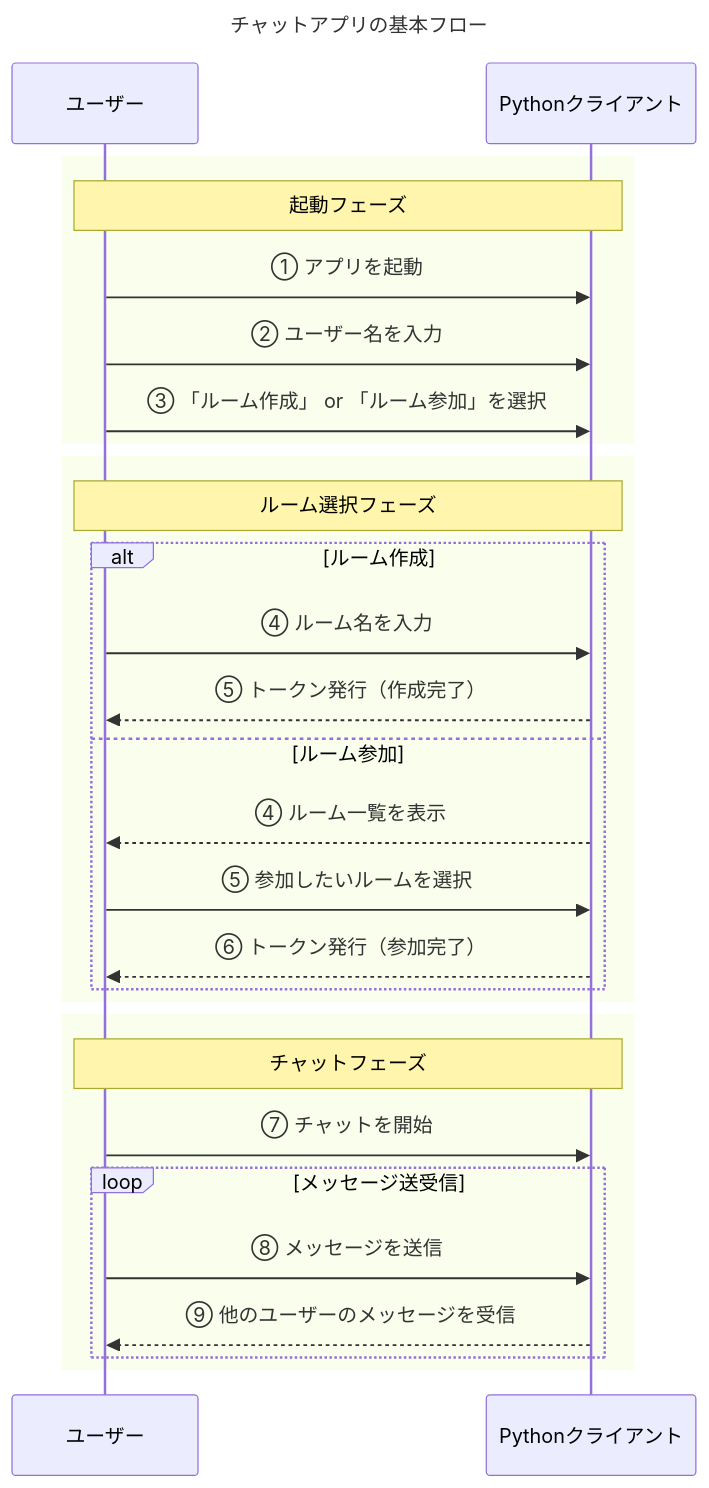
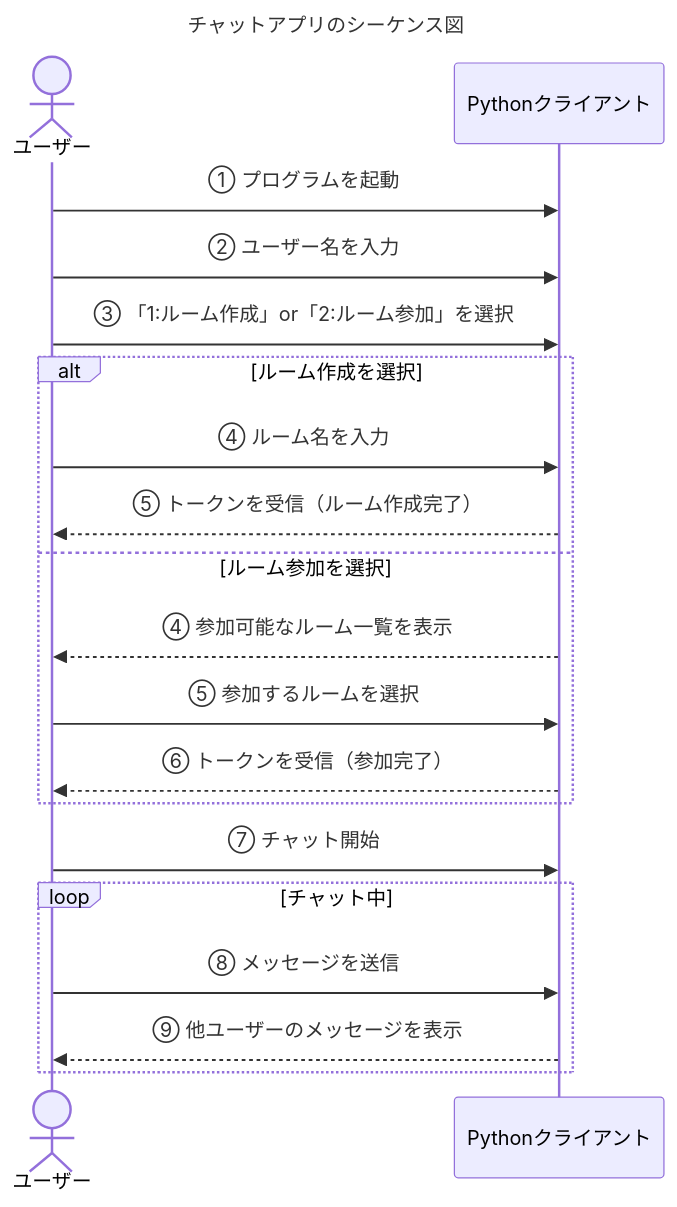
One commit to BackendExplorer/Tenshin changed the first of 2 diagrams in README.md. Above: the diagram before and after it, drawn with Mermaid.

````diff
--- a/README.md
+++ b/README.md
@@ -1,41 +1,32 @@
 ```mermaid
 sequenceDiagram
-    title チャットアプリの基本フロー
+    title チャットアプリのシーケンス図
 
-    participant ユーザー
+    actor ユーザー
     participant クライアント as Pythonクライアント
 
-    %% === 起動フェーズ ===
-    rect
-    note over ユーザー,クライアント: 起動フェーズ
-        ユーザー ->> クライアント: ① アプリを起動
-        ユーザー ->> クライアント: ② ユーザー名を入力
-        ユーザー ->> クライアント: ③ 「ルーム作成」 or 「ルーム参加」を選択
+    %% --- 起動フェーズ ---
+    ユーザー->>クライアント: ① プログラムを起動
+    ユーザー->>クライアント: ② ユーザー名を入力
+    ユーザー->>クライアント: ③ 「1:ルーム作成」or「2:ルーム参加」を選択
+
+    %% --- ルーム選択フェーズ ---
+    alt ルーム作成を選択
+        ユーザー->>クライアント: ④ ルーム名を入力
+        クライアント-->>ユーザー: ⑤ トークンを受信（ルーム作成完了）
+    else ルーム参加を選択
+        クライアント-->>ユーザー: ④ 参加可能なルーム一覧を表示
+        ユーザー->>クライアント: ⑤ 参加するルームを選択
+        クライアント-->>ユーザー: ⑥ トークンを受信（参加完了）
     end
 
-    %% === ルーム選択フェーズ ===
-    rect
-    note over ユーザー,クライアント: ルーム選択フェーズ
-        alt ルーム作成
-            ユーザー ->> クライアント: ④ ルーム名を入力
-            クライアント -->> ユーザー: ⑤ トークン発行（作成完了）
-        else ルーム参加
-            クライアント -->> ユーザー: ④ ルーム一覧を表示
-            ユーザー ->> クライアント: ⑤ 参加したいルームを選択
-            クライアント -->> ユーザー: ⑥ トークン発行（参加完了）
-        end
-    end
+    %% --- チャットフェーズ ---
+    ユーザー->>クライアント: ⑦ チャット開始
 
-    %% === チャットフェーズ ===
-    rect
-    note over ユーザー,クライアント: チャットフェーズ
-        ユーザー ->> クライアント: ⑦ チャットを開始
-
-        loop メッセージ送受信
-            ユーザー ->> クライアント: ⑧ メッセージを送信
-            クライアント -->> ユーザー: ⑨ 他のユーザーのメッセージを受信
-        end
+    loop チャット中
+        ユーザー->>クライアント: ⑧ メッセージを送信
+        クライアント-->>ユーザー: ⑨ 他ユーザーのメッセージを表示
     end
 
 
 ```
````
